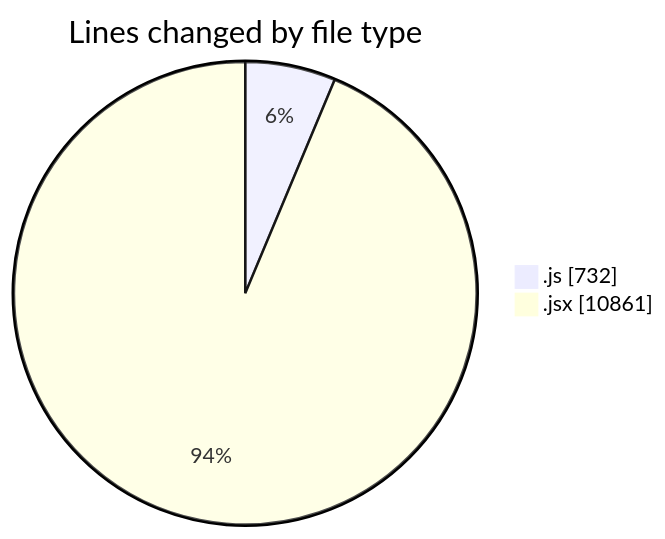
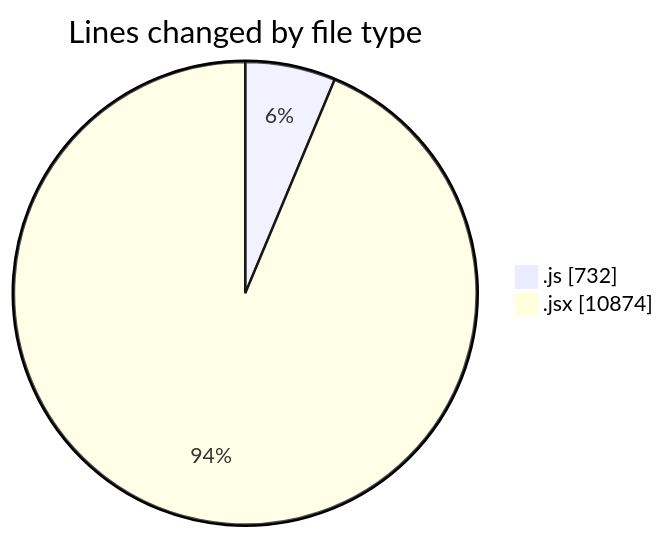
Before and after one commit to nxtqubesakshisongat/code-tracking: the first of 2 diagrams in 2025-07-28/nxtqube_webapp/README.md, drawn with Mermaid. The commit also changed other lines of this file and 1 other file, not shown here.

````diff
--- a/2025-07-28/nxtqube_webapp/README.md
+++ b/2025-07-28/nxtqube_webapp/README.md
@@ -47,6 +47,6 @@
 ```mermaid
 pie showData
 title Lines changed by file type
 ".js" : 732
-".jsx" : 10861
+".jsx" : 10874
 ```
````
